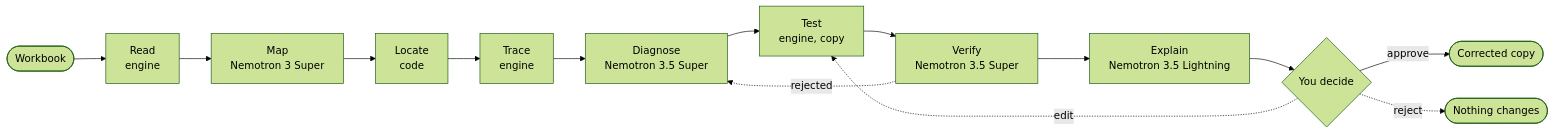
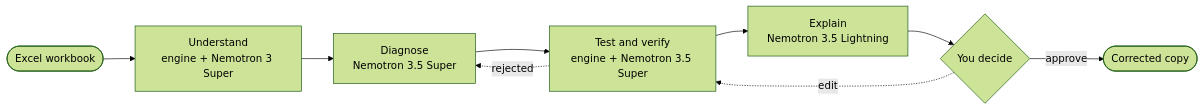
The diagram in README.md (ol1ak5/model-x-ray), drawn with Mermaid (forest theme) before and after one commit. The commit also changed other lines of this file, not shown here.

Commit message:
docs(readme): the audience in the opening line and a simpler graph with five stages

````diff
--- a/README.md
+++ b/README.md
@@ -36,16 +34,11 @@
 ```mermaid
 flowchart LR
-    A([Workbook]) --> B["Read<br/>engine"]
-    B --> C["Map<br/>Nemotron 3 Super"]
-    C --> D["Locate<br/>code"]
-    D --> E["Trace<br/>engine"]
-    E --> F["Diagnose<br/>Nemotron 3.5 Super"]
-    F --> G["Test<br/>engine, copy"]
-    G --> H["Verify<br/>Nemotron 3.5 Super"]
-    H -. "rejected" .-> F
-    H --> I["Explain<br/>Nemotron 3.5 Lightning"]
-    I --> J{"You decide"}
-    J -. "edit" .-> G
-    J -- "approve" --> K([Corrected copy])
-    J -. "reject" .-> L([Nothing changes])
+    A([Excel workbook]) --> B["Understand<br/>engine + Nemotron 3 Super"]
+    B --> C["Diagnose<br/>Nemotron 3.5 Super"]
+    C --> D["Test and verify<br/>engine + Nemotron 3.5 Super"]
+    D -. "rejected" .-> C
+    D --> E["Explain<br/>Nemotron 3.5 Lightning"]
+    E --> F{"You decide"}
+    F -. "edit" .-> D
+    F -- "approve" --> G([Corrected copy])
 ```
````
